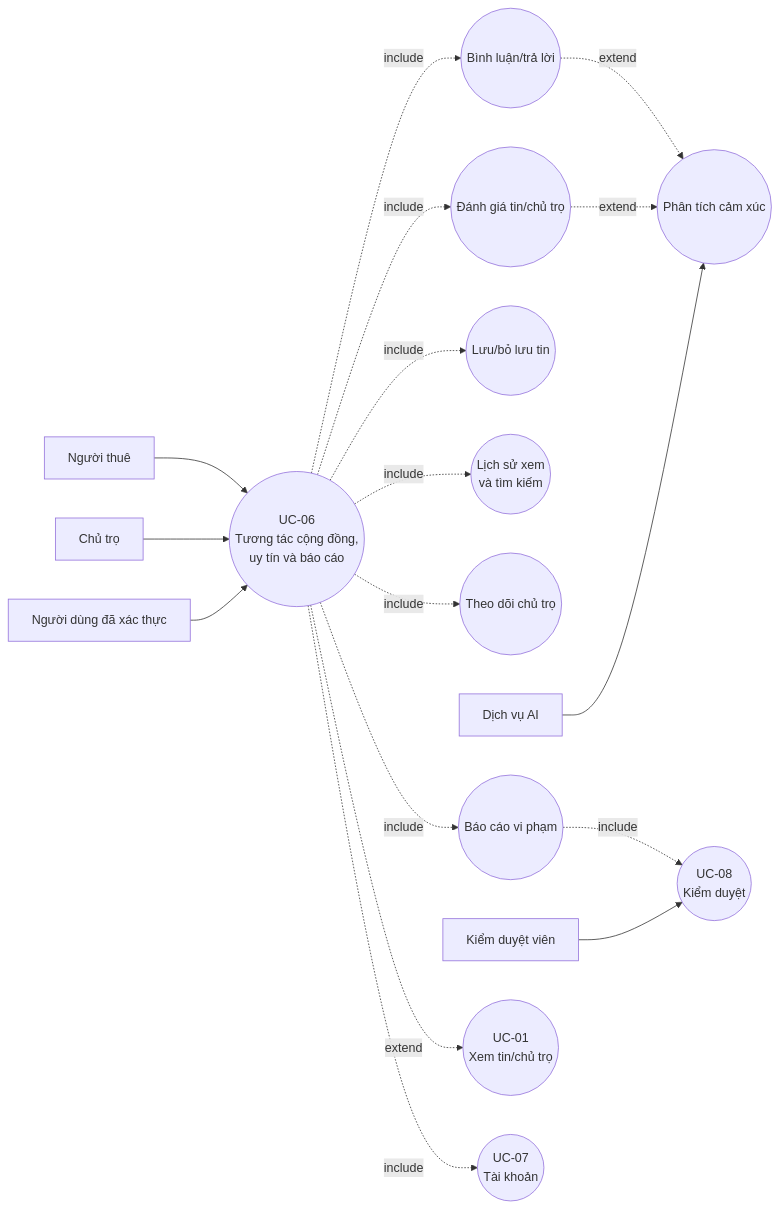
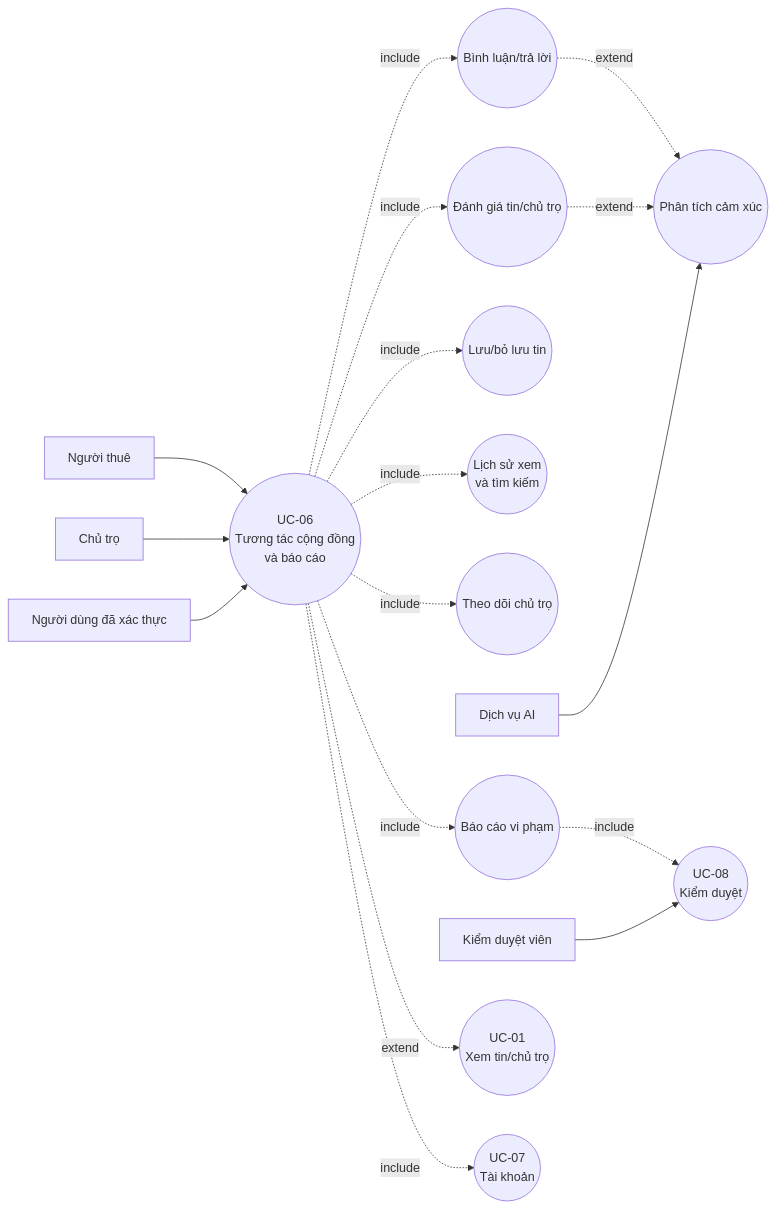
Diagram 13 of 22 in DOANTOTNGHIEP/docs/09_BAO_CAO_USECASE_HE_THONG.md (hoanxsyp/DoAnTotNghiep_Web), drawn with Mermaid before and after one commit. The commit also changed other lines of this file and 8 other files, not shown here.

````diff
--- a/DOANTOTNGHIEP/docs/09_BAO_CAO_USECASE_HE_THONG.md
+++ b/DOANTOTNGHIEP/docs/09_BAO_CAO_USECASE_HE_THONG.md
@@ -717,37 +717,37 @@
 ```mermaid
 flowchart LR
   Tenant["Người thuê"]
   Landlord["Chủ trọ"]
   Auth["Người dùng đã xác thực"]
   Mod["Kiểm duyệt viên"]
   AI["Dịch vụ AI"]
 
-  Main(("UC-06<br/>Tương tác cộng đồng,<br/>uy tín và báo cáo"))
+  Main(("UC-06<br/>Tương tác cộng đồng<br/>và báo cáo"))
   Favorite(("Lưu/bỏ lưu tin"))
   History(("Lịch sử xem<br/>và tìm kiếm"))
   Follow(("Theo dõi chủ trọ"))
   Comment(("Bình luận/trả lời"))
   Review(("Đánh giá tin/chủ trọ"))
   Report(("Báo cáo vi phạm"))
   Sentiment(("Phân tích cảm xúc"))
   UC01(("UC-01<br/>Xem tin/chủ trọ"))
   UC07(("UC-07<br/>Tài khoản"))
   UC08(("UC-08<br/>Kiểm duyệt"))
 
   Tenant --> Main
   Landlord --> Main
   Auth --> Main
   Main -.->|include| Favorite
   Main -.->|include| History
   Main -.->|include| Follow
   Main -.->|include| Comment
   Main -.->|include| Review
   Main -.->|include| Report
   Main -.->|extend| UC01
   Main -.->|include| UC07
   Report -.->|include| UC08
   Comment -.->|extend| Sentiment
   Review -.->|extend| Sentiment
   AI --> Sentiment
   Mod --> UC08
 ```
````
